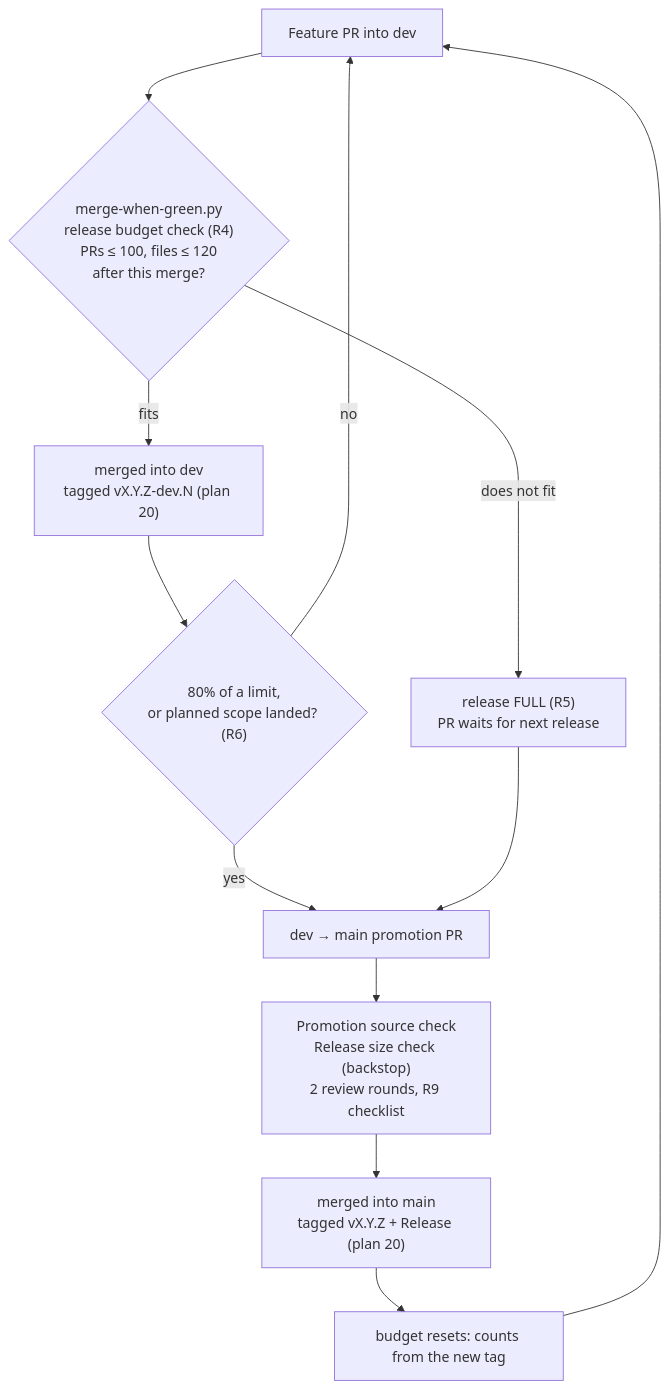
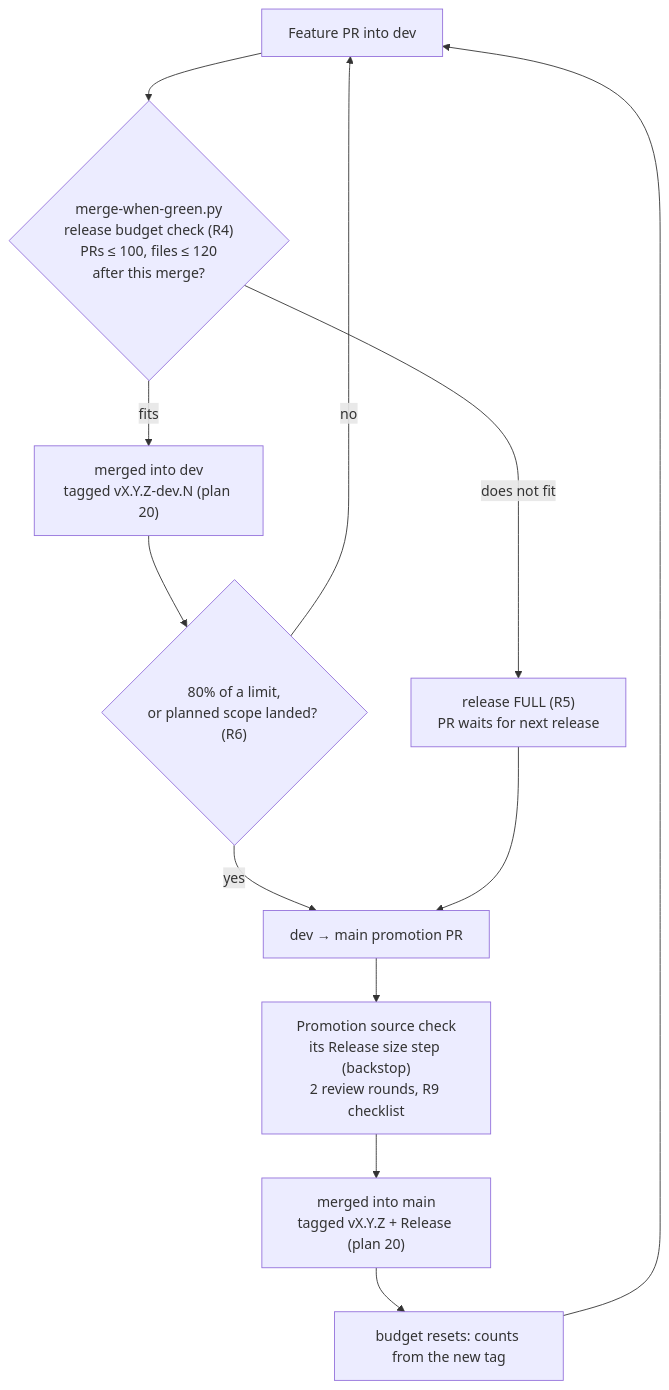
One commit to uhstray-io/agent-cloud changed the diagram in plan/architecture/10-release-policy.md. Above: the diagram before and after it, drawn with Mermaid. The commit also changed other lines of this file and 3 other files, not shown here.

````diff
--- a/plan/architecture/10-release-policy.md
+++ b/plan/architecture/10-release-policy.md
@@ -92,14 +92,14 @@
 ```mermaid
 flowchart TD
     PR["Feature PR into dev"] --> G{"merge-when-green.py<br/>release budget check (R4)<br/>PRs ≤ 100, files ≤ 120<br/>after this merge?"}
     G -->|fits| DEV["merged into dev<br/>tagged vX.Y.Z-dev.N (plan 20)"]
     G -->|does not fit| FULL["release FULL (R5)<br/>PR waits for next release"]
     DEV --> T{"80% of a limit,<br/>or planned scope landed? (R6)"}
     T -->|no| PR
     T -->|yes| PROMO["dev → main promotion PR"]
     FULL --> PROMO
-    PROMO --> CHK["Promotion source check<br/>Release size check (backstop)<br/>2 review rounds, R9 checklist"]
+    PROMO --> CHK["Promotion source check<br/>its Release size step (backstop)<br/>2 review rounds, R9 checklist"]
     CHK --> MAIN["merged into main<br/>tagged vX.Y.Z + Release (plan 20)"]
     MAIN --> RESET["budget resets: counts from the new tag"]
     RESET --> PR
 ```
````
